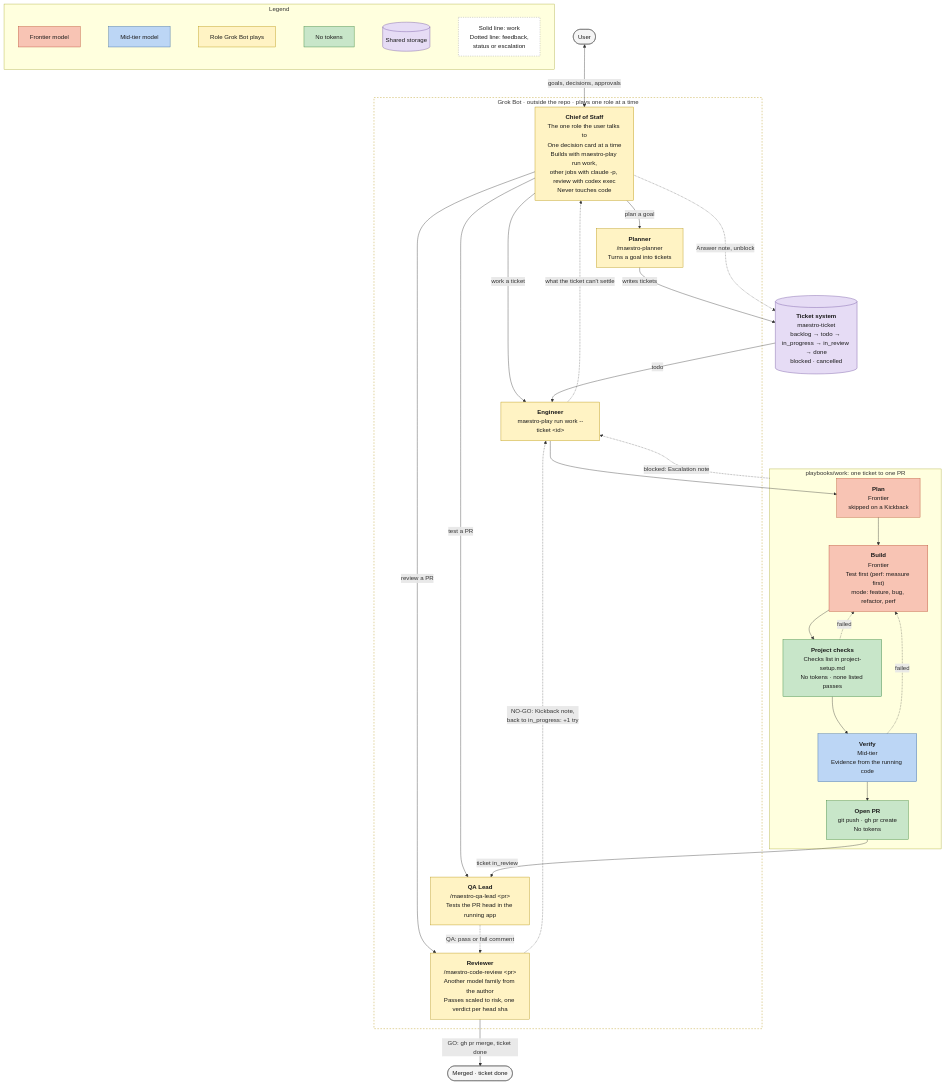
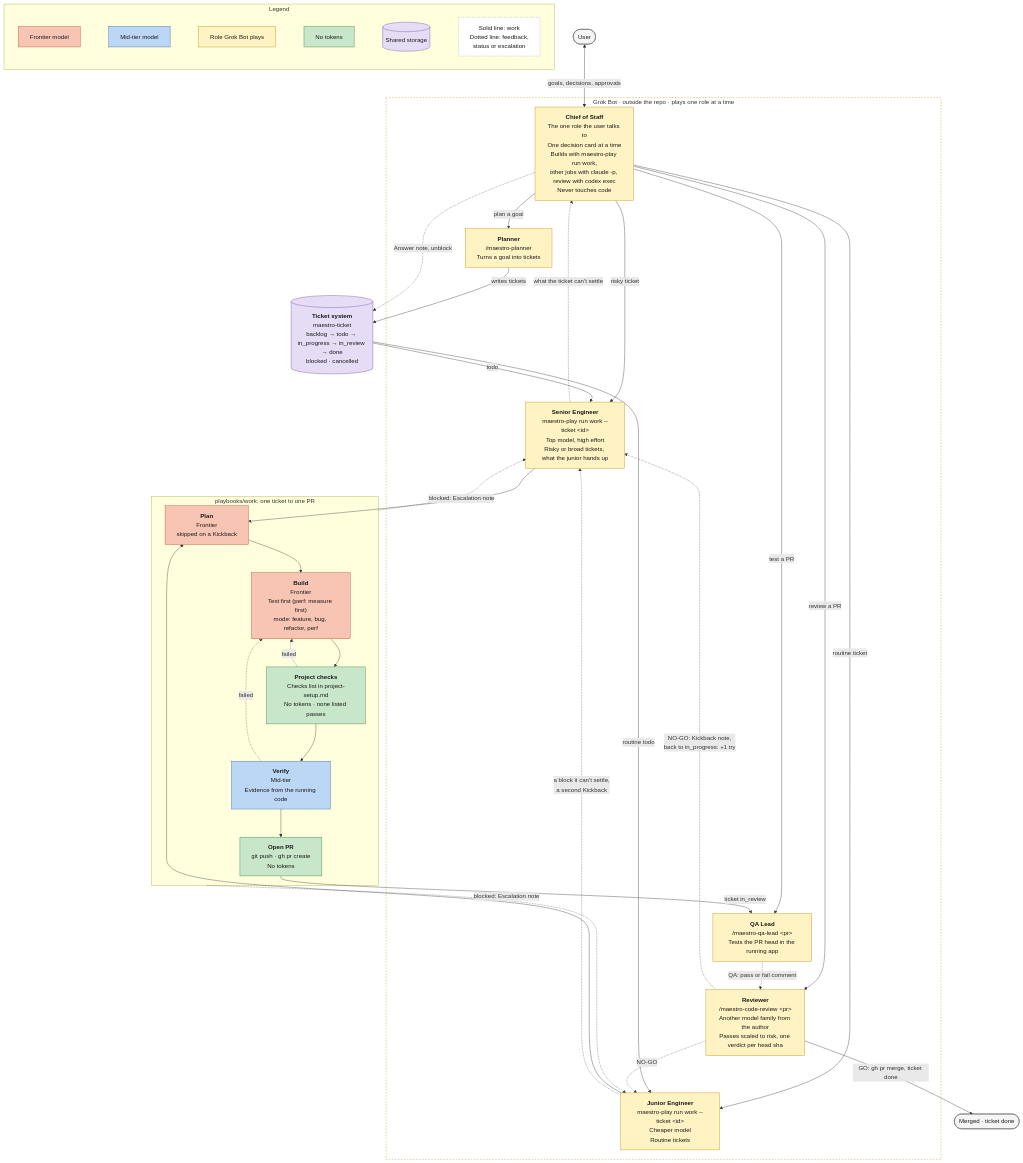
The diagram in docs/team.mermaid (ProlesDei/maestro), drawn with Mermaid before and after one commit. The commit also changed 9 other files, not shown here.

First line of the commit message:
Split engineer into senior and junior bot profiles

```diff
--- a/docs/team.mermaid
+++ b/docs/team.mermaid
@@ -1,73 +1,81 @@
 flowchart TD
     User([User])
 
     subgraph Grok ["Grok Bot · outside the repo · plays one role at a time"]
         CoS["<b>Chief of Staff</b><br/>The one role the user talks to<br/>One decision card at a time<br/>Builds with maestro-play run work,<br/>other jobs with claude -p, review with codex exec<br/>Never touches code"]
         Planner["<b>Planner</b><br/>/maestro-planner<br/>Turns a goal into tickets"]
-        Eng["<b>Engineer</b><br/>maestro-play run work --ticket &lt;id&gt;"]
+        Sr["<b>Senior Engineer</b><br/>maestro-play run work --ticket &lt;id&gt;<br/>Top model, high effort<br/>Risky or broad tickets, what the junior hands up"]
+        Jr["<b>Junior Engineer</b><br/>maestro-play run work --ticket &lt;id&gt;<br/>Cheaper model<br/>Routine tickets"]
         QA["<b>QA Lead</b><br/>/maestro-qa-lead &lt;pr&gt;<br/>Tests the PR head in the running app"]
         Rev["<b>Reviewer</b><br/>/maestro-code-review &lt;pr&gt;<br/>Another model family from the author<br/>Passes scaled to risk, one verdict per head sha"]
     end
 
     Tickets[("<b>Ticket system</b><br/>maestro-ticket<br/>backlog → todo → in_progress → in_review → done<br/>blocked · cancelled")]
 
     subgraph Work ["playbooks/work: one ticket to one PR"]
         Plan["<b>Plan</b><br/>Frontier<br/>skipped on a Kickback"]
         Build["<b>Build</b><br/>Frontier<br/>Test first (perf: measure first)<br/>mode: feature, bug, refactor, perf"]
         Checks["<b>Project checks</b><br/>Checks list in project-setup.md<br/>No tokens · none listed passes"]
         Verify["<b>Verify</b><br/>Mid-tier<br/>Evidence from the running code"]
         PR["<b>Open PR</b><br/>git push · gh pr create<br/>No tokens"]
     end
 
     Done([Merged · ticket done])
 
     %% User and Chief of Staff
     User <-->|"goals, decisions, approvals"| CoS
 
     %% The Chief of Staff starts each job
     CoS -->|"plan a goal"| Planner
-    CoS -->|"work a ticket"| Eng
+    CoS -->|"risky ticket"| Sr
+    CoS -->|"routine ticket"| Jr
     CoS -->|"test a PR"| QA
     CoS -->|"review a PR"| Rev
 
     %% Planning
     Planner -->|"writes tickets"| Tickets
-    Tickets -->|"todo"| Eng
+    Tickets -->|"todo"| Sr
+    Tickets -->|"routine todo"| Jr
 
     %% Build
-    Eng --> Plan --> Build --> Checks --> Verify --> PR
+    Sr --> Plan
+    Jr --> Plan
+    Plan --> Build --> Checks --> Verify --> PR
     Checks -.->|"failed"| Build
     Verify -.->|"failed"| Build
-    Work -.->|"blocked: Escalation note"| Eng
-    Eng -.->|"what the ticket can't settle"| CoS
+    Work -.->|"blocked: Escalation note"| Sr
+    Work -.->|"blocked: Escalation note"| Jr
+    Jr -.->|"a block it can't settle,<br/>a second Kickback"| Sr
+    Sr -.->|"what the ticket can't settle"| CoS
     CoS -.->|"Answer note, unblock"| Tickets
 
     %% Test and review
     PR -->|"ticket in_review"| QA
     QA -.->|"QA: pass or fail comment"| Rev
     Rev -->|"GO: gh pr merge, ticket done"| Done
-    Rev -.->|"NO-GO: Kickback note,<br/>back to in_progress: +1 try"| Eng
+    Rev -.->|"NO-GO: Kickback note,<br/>back to in_progress: +1 try"| Sr
+    Rev -.->|"NO-GO"| Jr
 
     %% Legend
     subgraph Legend ["Legend"]
         direction LR
         L1["Frontier model"] ~~~ L2["Mid-tier model"] ~~~ L6["Role Grok Bot plays"] ~~~ L3["No tokens"] ~~~ L4[("Shared storage")] ~~~ L5["Solid line: work<br/>Dotted line: feedback,<br/>status or escalation"]
     end
 
     %% Styles by cost tier
     classDef frontier fill:#f8c4b4,stroke:#b5472b,color:#1a1a1a
     classDef mid fill:#bcd6f5,stroke:#2f5f9e,color:#1a1a1a
     classDef free fill:#c8e6c9,stroke:#2e7d32,color:#1a1a1a
     classDef storage fill:#e6dcf5,stroke:#6a4c9c,color:#1a1a1a
     classDef person fill:#f5f5f5,stroke:#555,color:#1a1a1a
     classDef bot fill:#fff3c4,stroke:#b38f00,color:#1a1a1a
     classDef note fill:#ffffff,stroke:#999,color:#1a1a1a,stroke-dasharray:3 3
 
     class Plan,Build,L1 frontier
     class Verify,L2 mid
     class Checks,PR,L3 free
     class Tickets,L4 storage
     class User,Done person
-    class CoS,Planner,Eng,QA,Rev,L6 bot
+    class CoS,Planner,Sr,Jr,QA,Rev,L6 bot
     class L5 note
     style Grok fill:none,stroke:#b38f00,stroke-dasharray:4 4
```
